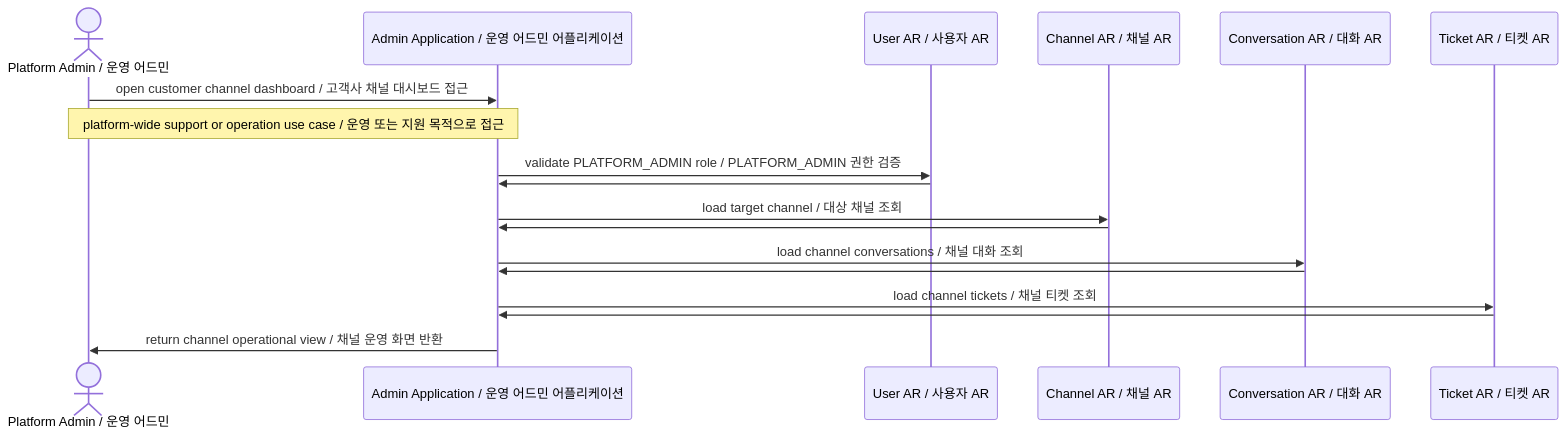
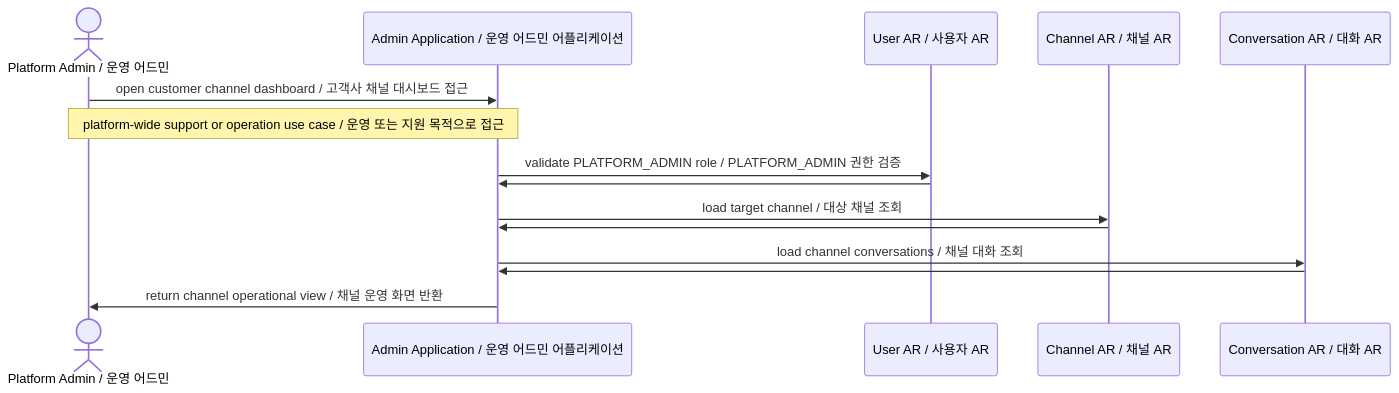
Before and after one commit to citron0137/exp-message: the sixth of 6 diagrams in 00-docs/03-admin/sequence-diagram.md, drawn with Mermaid. The commit also changed other lines of this file and 2 other files, not shown here.

````diff
--- a/00-docs/03-admin/sequence-diagram.md
+++ b/00-docs/03-admin/sequence-diagram.md
@@ -190,26 +155,22 @@
 ```mermaid
 sequenceDiagram
     actor platform_admin as Platform Admin / 운영 어드민
     participant admin_app as Admin Application / 운영 어드민 어플리케이션
     participant user as User AR / 사용자 AR
     participant channel as Channel AR / 채널 AR
     participant conversation as Conversation AR / 대화 AR
-    participant ticket as Ticket AR / 티켓 AR
 
     platform_admin ->> admin_app: open customer channel dashboard / 고객사 채널 대시보드 접근
     note over platform_admin,admin_app: platform-wide support or operation use case / 운영 또는 지원 목적으로 접근
 
     admin_app ->> user: validate PLATFORM_ADMIN role / PLATFORM_ADMIN 권한 검증
     user ->> admin_app:
 
     admin_app ->> channel: load target channel / 대상 채널 조회
     channel ->> admin_app:
 
     admin_app ->> conversation: load channel conversations / 채널 대화 조회
     conversation ->> admin_app:
 
-    admin_app ->> ticket: load channel tickets / 채널 티켓 조회
-    ticket ->> admin_app:
-
     admin_app ->> platform_admin: return channel operational view / 채널 운영 화면 반환
 ```
````
